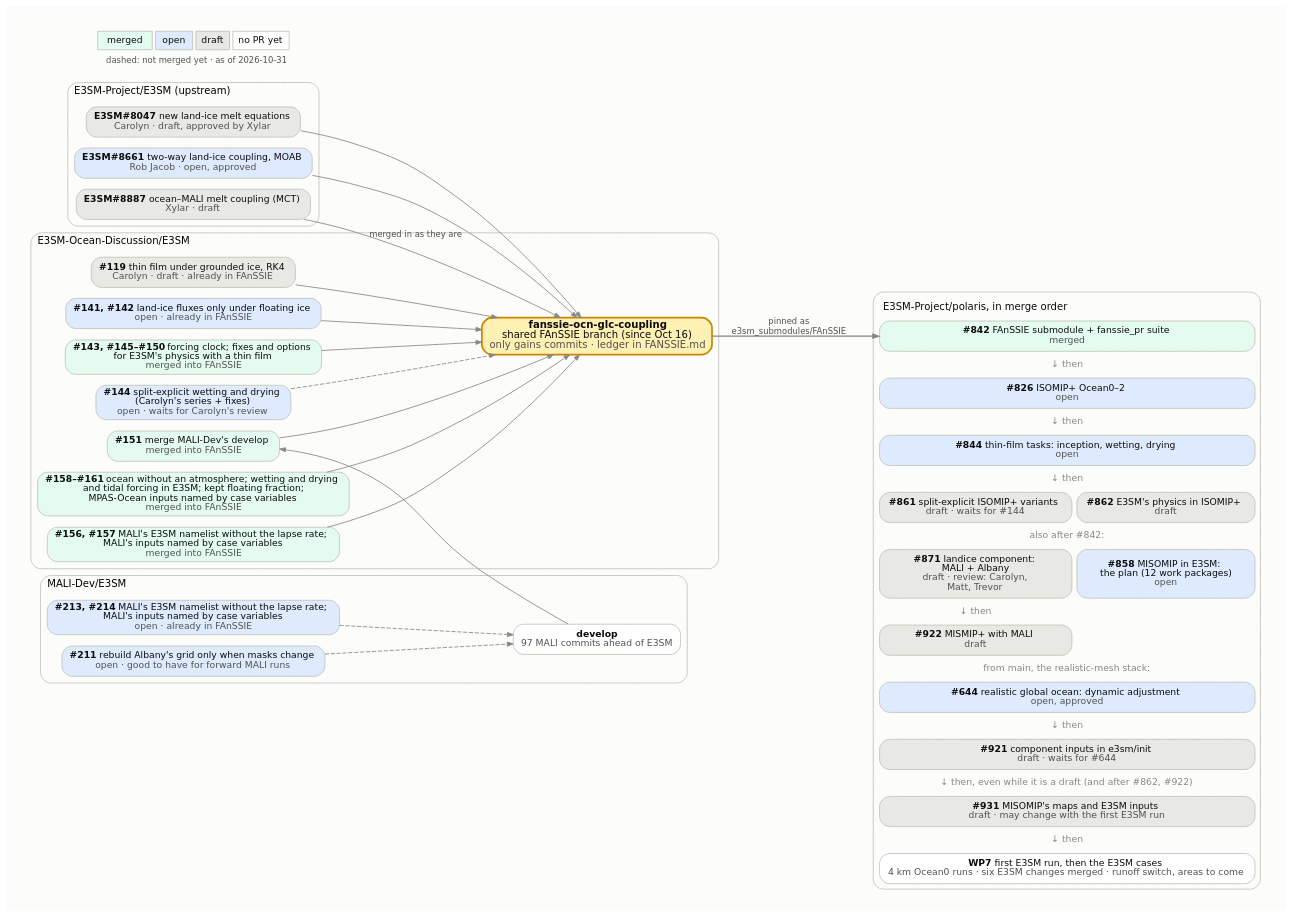
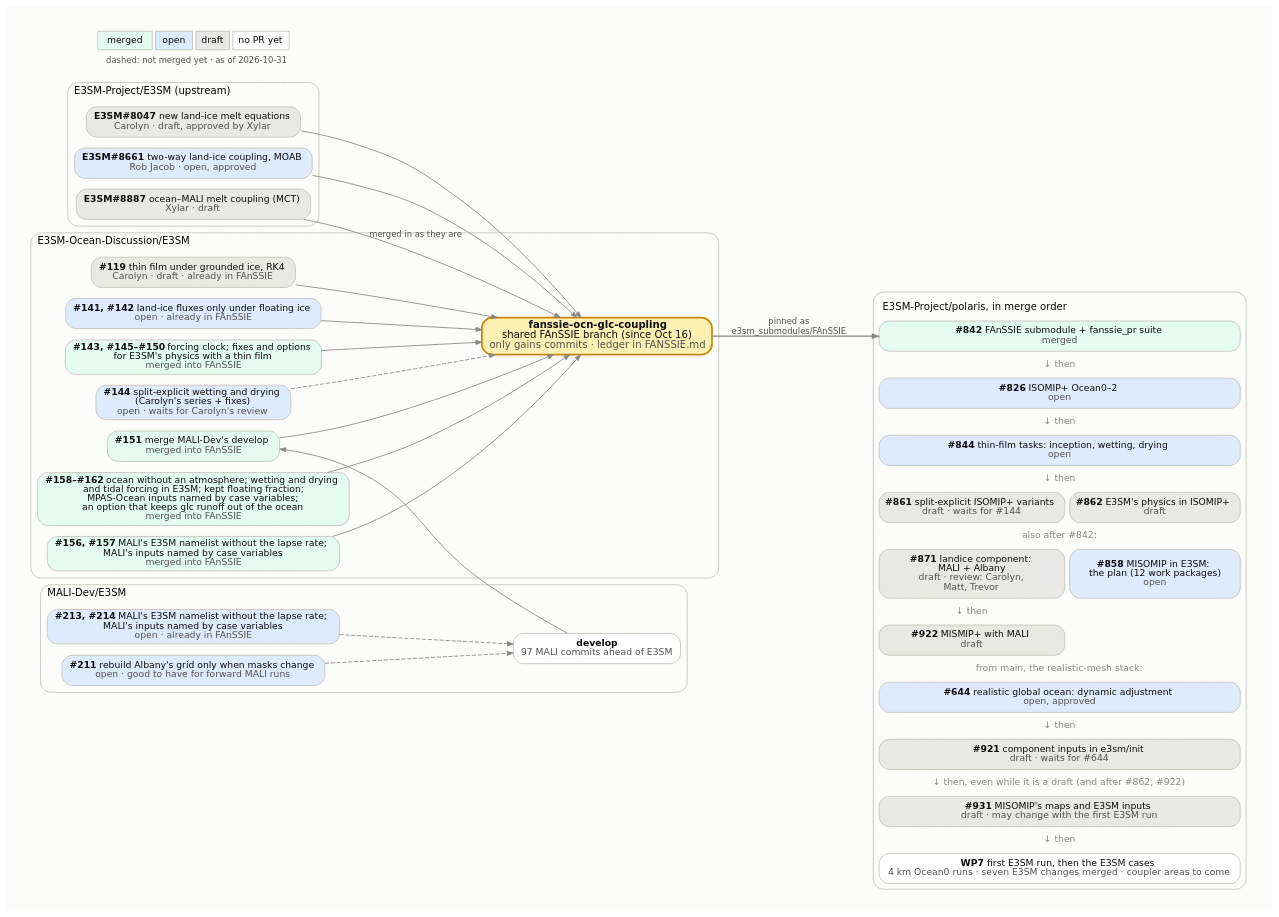
The diagram in docs/design_docs/misomip/code_flow.dot (E3SM-Project/polaris), drawn with Graphviz before and after one commit. The commit also changed 4 other files, not shown here.

First line of the commit message:
Name the glc runoff option in the MISOMIP plan

```diff
--- a/docs/design_docs/misomip/code_flow.dot
+++ b/docs/design_docs/misomip/code_flow.dot
@@ -1,103 +1,103 @@
 // How the upstream E3SM PRs, the E3SM-Ocean-Discussion PRs, the
 // fanssie-ocn-glc-coupling branch and the Polaris PRs fit together.
 //
 // Regenerate with Graphviz 14 (Chrysalis's /usr/bin/dot 2.40 lays it out
 // wider), with the text drawn as paths so it looks the same everywhere:
 //
 //     pixi exec -s graphviz dot -Tsvg:cairo code_flow.dot -o code_flow.svg
 //
 // Fill by state: merged #e3fcef, open #deebff, draft #e8e8e4, no PR yet
 // #ffffff. Dashed edges into the FAnSSIE branch mark PRs not merged into it
 // yet. The Polaris side is one HTML-table node, in merge order, because
 // Graphviz would not keep separate boxes in that order. Update the date in
 // the legend.
 digraph fanssie {
   rankdir=LR;
   bgcolor="#fcfcfb";
   pad=0.3;
   nodesep=0.18;
   ranksep=0.7;
   fontname="DejaVu Sans";
   node [shape=box, style="rounded,filled", fontname="DejaVu Sans",
         fontsize=11, color="#c3c2b7", fontcolor="#0b0b0b", penwidth=1,
         margin="0.12,0.06"];
   edge [color="#898781", arrowsize=0.7, fontname="DejaVu Sans",
         fontsize=10, fontcolor="#52514e"];
 
   subgraph cluster_upstream {
     label="E3SM-Project/E3SM (upstream)";
     labeljust=l; fontsize=12; color="#c3c2b7"; style="rounded";
     e8047 [label=<<b>E3SM#8047</b>  new land-ice melt equations<br/><font color="#52514e">Carolyn · draft, approved by Xylar</font>>, fillcolor="#e8e8e4"];
     e8661 [label=<<b>E3SM#8661</b>  two-way land-ice coupling, MOAB<br/><font color="#52514e">Rob Jacob · open, approved</font>>, fillcolor="#deebff"];
     e8887 [label=<<b>E3SM#8887</b>  ocean–MALI melt coupling (MCT)<br/><font color="#52514e">Xylar · draft</font>>, fillcolor="#e8e8e4"];
   }
 
   subgraph cluster_malidev {
     label="MALI-Dev/E3SM";
     labeljust=l; fontsize=12; color="#c3c2b7"; style="rounded";
     malidev [label=<<b>develop</b><br/><font color="#52514e">97 MALI commits ahead of E3SM</font>>, fillcolor="#ffffff"];
     m213 [label=<<b>#213, #214</b>  MALI's E3SM namelist without the lapse rate;<br/>MALI's inputs named by case variables<br/><font color="#52514e">open · already in FAnSSIE</font>>, fillcolor="#deebff"];
     m211 [label=<<b>#211</b>  rebuild Albany's grid only when masks change<br/><font color="#52514e">open · good to have for forward MALI runs</font>>, fillcolor="#deebff"];
   }
 
   subgraph cluster_eod {
     label="E3SM-Ocean-Discussion/E3SM";
     labeljust=l; fontsize=12; color="#c3c2b7"; style="rounded";
     d119 [label=<<b>#119</b>  thin film under grounded ice, RK4<br/><font color="#52514e">Carolyn · draft · already in FAnSSIE</font>>, fillcolor="#e8e8e4"];
     d141 [label=<<b>#141, #142</b>  land-ice fluxes only under floating ice<br/><font color="#52514e">open · already in FAnSSIE</font>>, fillcolor="#deebff"];
     d143 [label=<<b>#143, #145–#150</b>  forcing clock; fixes and options<br/>for E3SM's physics with a thin film<br/><font color="#52514e">merged into FAnSSIE</font>>, fillcolor="#e3fcef"];
     d144 [label=<<b>#144</b>  split-explicit wetting and drying<br/>(Carolyn's series + fixes)<br/><font color="#52514e">open · waits for Carolyn's review</font>>, fillcolor="#deebff"];
     d151 [label=<<b>#151</b>  merge MALI-Dev's develop<br/><font color="#52514e">merged into FAnSSIE</font>>, fillcolor="#e3fcef"];
-    d158 [label=<<b>#158–#161</b>  ocean without an atmosphere; wetting and drying<br/>and tidal forcing in E3SM; kept floating fraction;<br/>MPAS-Ocean inputs named by case variables<br/><font color="#52514e">merged into FAnSSIE</font>>, fillcolor="#e3fcef"];
+    d158 [label=<<b>#158–#162</b>  ocean without an atmosphere; wetting and drying<br/>and tidal forcing in E3SM; kept floating fraction;<br/>MPAS-Ocean inputs named by case variables;<br/>an option that keeps glc runoff out of the ocean<br/><font color="#52514e">merged into FAnSSIE</font>>, fillcolor="#e3fcef"];
     d156 [label=<<b>#156, #157</b>  MALI's E3SM namelist without the lapse rate;<br/>MALI's inputs named by case variables<br/><font color="#52514e">merged into FAnSSIE</font>>, fillcolor="#e3fcef"];
     fanssie [label=<<b>fanssie-ocn-glc-coupling</b><br/>shared FAnSSIE branch (since Oct 16)<br/><font color="#52514e">only gains commits · ledger in FANSSIE.md</font>>,
              fillcolor="#fff0b3", penwidth=2, color="#c98500", fontsize=12];
   }
 
   polaris [shape=plaintext, style="", label=<
     <table border="1" color="#c3c2b7" style="rounded" cellborder="1" cellspacing="6" cellpadding="4" bgcolor="#fcfcfb">
       <tr><td border="0" colspan="2" align="left"><font point-size="12">E3SM-Project/polaris, in merge order</font></td></tr>
       <tr><td port="p842" bgcolor="#e3fcef" colspan="2" style="rounded" cellpadding="6"><b>#842</b>  FAnSSIE submodule + fanssie_pr suite<br/><font color="#52514e">merged</font></td></tr>
       <tr><td border="0" colspan="2"><font color="#898781">↓ then</font></td></tr>
       <tr><td port="p826" bgcolor="#deebff" colspan="2" style="rounded" cellpadding="6"><b>#826</b>  ISOMIP+ Ocean0–2<br/><font color="#52514e">open</font></td></tr>
       <tr><td border="0" colspan="2"><font color="#898781">↓ then</font></td></tr>
       <tr><td port="p844" bgcolor="#deebff" colspan="2" style="rounded" cellpadding="6"><b>#844</b>  thin-film tasks: inception, wetting, drying<br/><font color="#52514e">open</font></td></tr>
       <tr><td border="0" colspan="2"><font color="#898781">↓ then</font></td></tr>
       <tr><td port="p861" bgcolor="#e8e8e4" colspan="1" style="rounded" cellpadding="6"><b>#861</b>  split-explicit ISOMIP+ variants<br/><font color="#52514e">draft · waits for #144</font></td><td port="p862" bgcolor="#e8e8e4" colspan="1" style="rounded" cellpadding="6"><b>#862</b>  E3SM's physics in ISOMIP+<br/><font color="#52514e">draft</font></td></tr>
       <tr><td border="0" colspan="2"><font color="#898781">also after #842:</font></td></tr>
       <tr><td port="p871" bgcolor="#e8e8e4" colspan="1" style="rounded" cellpadding="6"><b>#871</b>  landice component:<br/>MALI + Albany<br/><font color="#52514e">draft · review: Carolyn,<br/>Matt, Trevor</font></td><td port="p858" bgcolor="#deebff" colspan="1" style="rounded" cellpadding="6"><b>#858</b>  MISOMIP in E3SM:<br/>the plan (12 work packages)<br/><font color="#52514e">open</font></td></tr>
       <tr><td border="0" colspan="1"><font color="#898781">↓ then</font></td><td border="0" colspan="1"></td></tr>
       <tr><td port="p922" bgcolor="#e8e8e4" colspan="1" style="rounded" cellpadding="6"><b>#922</b>  MISMIP+ with MALI<br/><font color="#52514e">draft</font></td><td border="0" colspan="1"></td></tr>
       <tr><td border="0" colspan="2"><font color="#898781">from main, the realistic-mesh stack:</font></td></tr>
       <tr><td port="p644" bgcolor="#deebff" colspan="2" style="rounded" cellpadding="6"><b>#644</b>  realistic global ocean: dynamic adjustment<br/><font color="#52514e">open, approved</font></td></tr>
       <tr><td border="0" colspan="2"><font color="#898781">↓ then</font></td></tr>
       <tr><td port="p921" bgcolor="#e8e8e4" colspan="2" style="rounded" cellpadding="6"><b>#921</b>  component inputs in e3sm/init<br/><font color="#52514e">draft · waits for #644</font></td></tr>
       <tr><td border="0" colspan="2"><font color="#898781">↓ then, even while it is a draft (and after #862, #922)</font></td></tr>
       <tr><td port="pwp56" bgcolor="#e8e8e4" colspan="2" style="rounded" cellpadding="6"><b>#931</b>  MISOMIP's maps and E3SM inputs<br/><font color="#52514e">draft · may change with the first E3SM run</font></td></tr>
       <tr><td border="0" colspan="2"><font color="#898781">↓ then</font></td></tr>
-      <tr><td port="pwp7" bgcolor="#ffffff" colspan="2" style="rounded" cellpadding="6"><b>WP7</b>  first E3SM run, then the E3SM cases<br/><font color="#52514e">4 km Ocean0 runs · six E3SM changes merged · runoff switch, areas to come</font></td></tr>
+      <tr><td port="pwp7" bgcolor="#ffffff" colspan="2" style="rounded" cellpadding="6"><b>WP7</b>  first E3SM run, then the E3SM cases<br/><font color="#52514e">4 km Ocean0 runs · seven E3SM changes merged · coupler areas to come</font></td></tr>
     </table>>];
 
   e8047 -> fanssie;
   e8661 -> fanssie;
   e8887 -> fanssie [label="merged in as they are"];
   d119 -> fanssie;
   d141 -> fanssie;
   d143 -> fanssie;
   d144 -> fanssie [style=dashed];
   m211 -> malidev [style=dashed];
   m213 -> malidev [style=dashed];
   d156 -> fanssie;
   d158 -> fanssie;
   malidev -> d151 [constraint=false];
   d151 -> fanssie;
 
   fanssie -> polaris:p842 [label="pinned as
 e3sm_submodules/FAnSSIE", penwidth=1.5];
 
   legend [shape=plaintext, style="", label=<
     <table border="0" cellborder="1" cellspacing="4" cellpadding="4" color="#c3c2b7">
       <tr><td bgcolor="#e3fcef">merged</td><td bgcolor="#deebff">open</td><td bgcolor="#e8e8e4">draft</td><td bgcolor="#ffffff">no PR yet</td></tr>
       <tr><td colspan="4" border="0"><font point-size="10" color="#52514e">dashed: not merged yet · as of 2026-10-31</font></td></tr>
     </table>>];
 }
```
